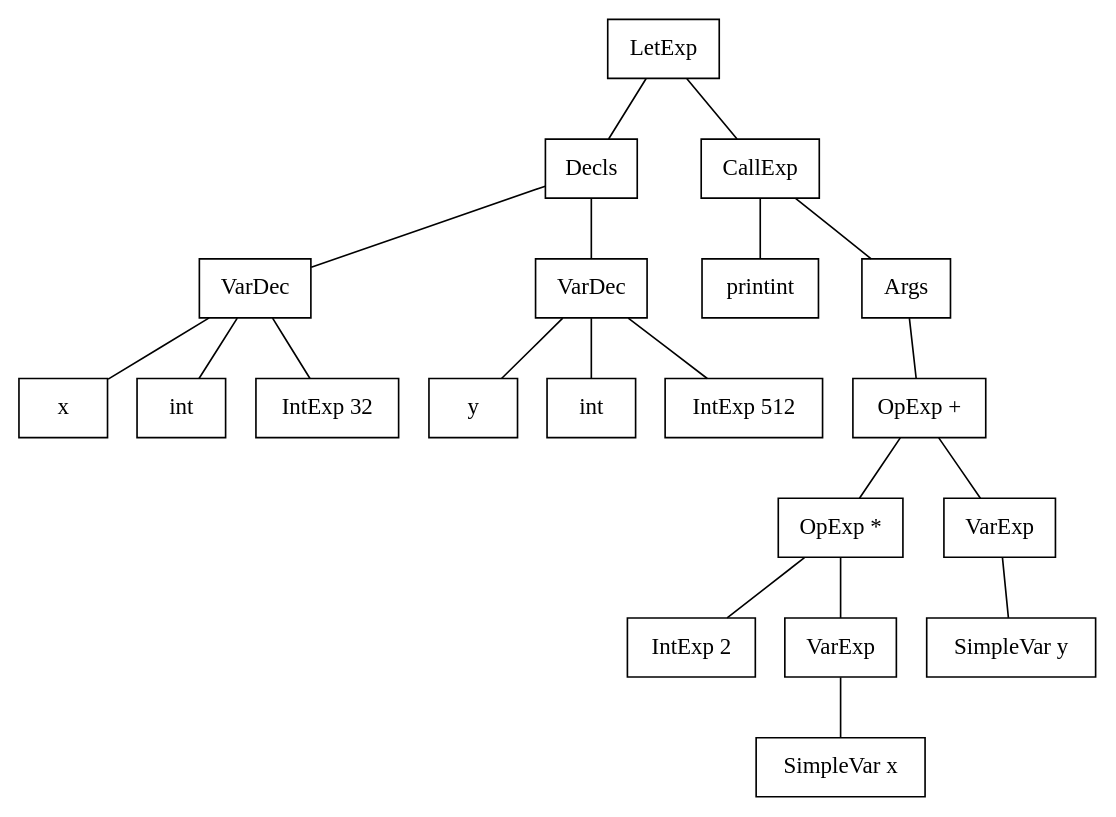
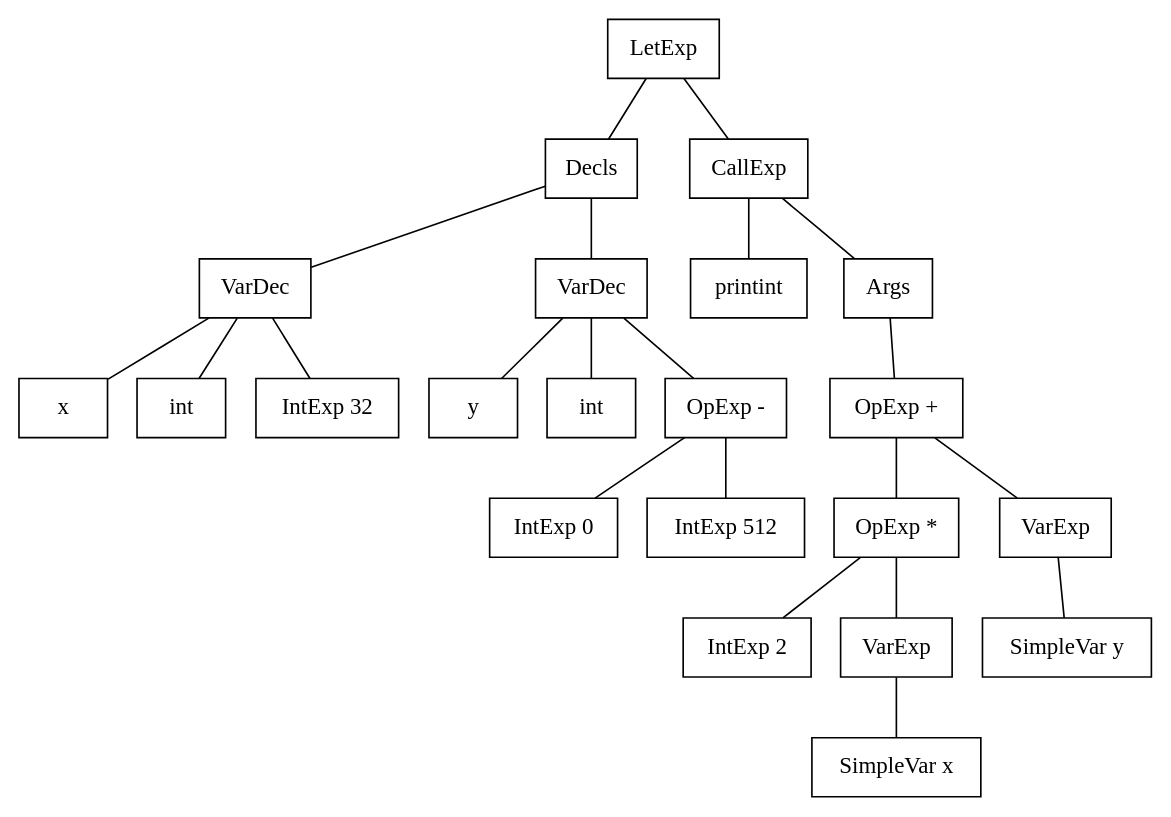
The diagram in ast.dot (anafmoraes/tigris-ocaml), drawn with Graphviz before and after one commit. The commit also changed 15 other files, not shown here.

```diff
--- a/ast.dot
+++ b/ast.dot
@@ -1,43 +1,47 @@
 digraph AST {
 node [shape=record];
 n [label="LetExp"];
 n_1 [label="Decls"];
 n_1_1 [label="VarDec"];
 n_1_1_1 [label="x"];
 n_1_1 -> n_1_1_1 [arrowhead=none];
 n_1_1_2 [label="int"];
 n_1_1 -> n_1_1_2 [arrowhead=none];
 n_1_1_3 [label="IntExp 32"];
 n_1_1 -> n_1_1_3 [arrowhead=none];
 n_1 -> n_1_1 [arrowhead=none];
 n_1_2 [label="VarDec"];
 n_1_2_1 [label="y"];
 n_1_2 -> n_1_2_1 [arrowhead=none];
 n_1_2_2 [label="int"];
 n_1_2 -> n_1_2_2 [arrowhead=none];
-n_1_2_3 [label="IntExp 512"];
+n_1_2_3 [label="OpExp -"];
+n_1_2_3_1 [label="IntExp 0"];
+n_1_2_3 -> n_1_2_3_1 [arrowhead=none];
+n_1_2_3_2 [label="IntExp 512"];
+n_1_2_3 -> n_1_2_3_2 [arrowhead=none];
 n_1_2 -> n_1_2_3 [arrowhead=none];
 n_1 -> n_1_2 [arrowhead=none];
 n -> n_1 [arrowhead=none];
 n_2 [label="CallExp"];
 n_2_1 [label="printint"];
 n_2 -> n_2_1 [arrowhead=none];
 n_2_2 [label="Args"];
 n_2_2_1 [label="OpExp +"];
 n_2_2_1_1 [label="OpExp *"];
 n_2_2_1_1_1 [label="IntExp 2"];
 n_2_2_1_1 -> n_2_2_1_1_1 [arrowhead=none];
 n_2_2_1_1_2 [label="VarExp"];
 n_2_2_1_1_2_1 [label="SimpleVar x"];
 n_2_2_1_1_2 -> n_2_2_1_1_2_1 [arrowhead=none];
 n_2_2_1_1 -> n_2_2_1_1_2 [arrowhead=none];
 n_2_2_1 -> n_2_2_1_1 [arrowhead=none];
 n_2_2_1_2 [label="VarExp"];
 n_2_2_1_2_1 [label="SimpleVar y"];
 n_2_2_1_2 -> n_2_2_1_2_1 [arrowhead=none];
 n_2_2_1 -> n_2_2_1_2 [arrowhead=none];
 n_2_2 -> n_2_2_1 [arrowhead=none];
 n_2 -> n_2_2 [arrowhead=none];
 n -> n_2 [arrowhead=none];
 
 }
```
